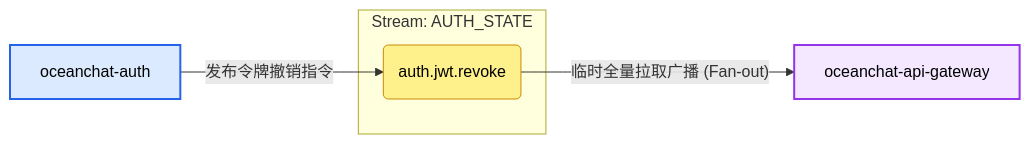
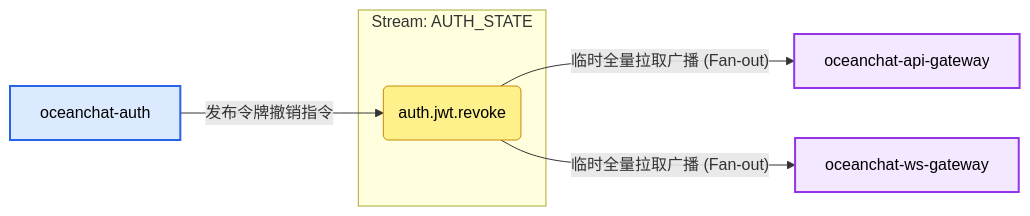
The fourth of 13 diagrams in i18n/zh-CN/docusaurus-plugin-content-docs/current/devdocs/jetstream-strategy.md (JamesWilson19970101/ocean.chat.docs), drawn with Mermaid before and after one commit. The commit also changed other lines of this file and 11 other files, not shown here.

````diff
--- a/i18n/zh-CN/docusaurus-plugin-content-docs/current/devdocs/jetstream-strategy.md
+++ b/i18n/zh-CN/docusaurus-plugin-content-docs/current/devdocs/jetstream-strategy.md
@@ -187,16 +187,18 @@
 ```mermaid
 flowchart LR
   classDef gateway fill:#f3e8ff,stroke:#9333ea,stroke-width:2px,color:#000;
   classDef service fill:#dbeafe,stroke:#2563eb,stroke-width:2px,color:#000;
   classDef subject fill:#fef08a,stroke:#ca8a04,stroke-width:1px,color:#000;
 
   P[oceanchat-auth]:::service
-  C[oceanchat-api-gateway]:::gateway
+  C1[oceanchat-api-gateway]:::gateway
+  C2[oceanchat-ws-gateway]:::gateway
 
   subgraph Stream: AUTH_STATE
     SUB(auth.jwt.revoke):::subject
   end
 
   P -- 发布令牌撤销指令 --> SUB
-  SUB -- 临时全量拉取广播 (Fan-out) --> C
+  SUB -- 临时全量拉取广播 (Fan-out) --> C1
+  SUB -- 临时全量拉取广播 (Fan-out) --> C2
 ```
````
